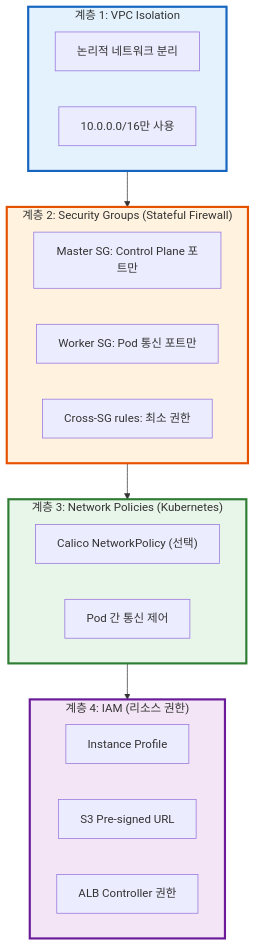
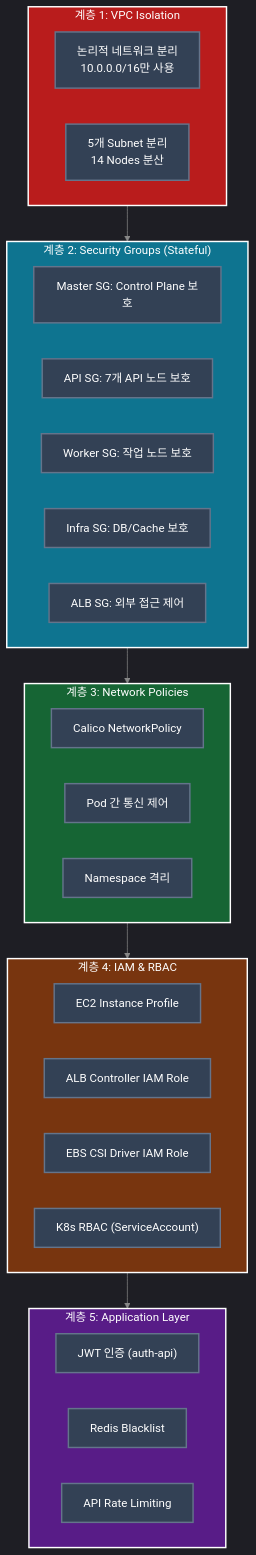
The fifth of 5 diagrams in docs/infrastructure/02-vpc-network-design.md (SeSACTHON/backend), drawn with Mermaid before and after one commit. The commit also changed other lines of this file and 54 other files, not shown here.

````diff
--- a/docs/infrastructure/02-vpc-network-design.md
+++ b/docs/infrastructure/02-vpc-network-design.md
@@ -249,33 +423,64 @@
 ```mermaid
+%%{init: {'theme':'dark', 'themeVariables': { 'primaryColor':'#1a1a1a', 'primaryTextColor':'#fff', 'primaryBorderColor':'#444', 'lineColor':'#888', 'secondaryColor':'#2d2d2d', 'tertiaryColor':'#1a1a1a'}}}%%
 graph TB
     subgraph Layer1["계층 1: VPC Isolation"]
-        VPC1["논리적 네트워크 분리"]
-        VPC2["10.0.0.0/16만 사용"]
+        L1A["논리적 네트워크 분리<br/>10.0.0.0/16만 사용"]
+        L1B["5개 Subnet 분리<br/>14 Nodes 분산"]
     end
     
-    subgraph Layer2["계층 2: Security Groups (Stateful Firewall)"]
-        SG1["Master SG: Control Plane 포트만"]
-        SG2["Worker SG: Pod 통신 포트만"]
-        SG3["Cross-SG rules: 최소 권한"]
+    subgraph Layer2["계층 2: Security Groups (Stateful)"]
+        L2A["Master SG: Control Plane 보호"]
+        L2B["API SG: 7개 API 노드 보호"]
+        L2C["Worker SG: 작업 노드 보호"]
+        L2D["Infra SG: DB/Cache 보호"]
+        L2E["ALB SG: 외부 접근 제어"]
     end
     
-    subgraph Layer3["계층 3: Network Policies (Kubernetes)"]
-        NP1["Calico NetworkPolicy (선택)"]
-        NP2["Pod 간 통신 제어"]
+    subgraph Layer3["계층 3: Network Policies"]
+        L3A["Calico NetworkPolicy"]
+        L3B["Pod 간 통신 제어"]
+        L3C["Namespace 격리"]
     end
     
-    subgraph Layer4["계층 4: IAM (리소스 권한)"]
-        IAM1["Instance Profile"]
-        IAM2["S3 Pre-signed URL"]
-        IAM3["ALB Controller 권한"]
+    subgraph Layer4["계층 4: IAM & RBAC"]
+        L4A["EC2 Instance Profile"]
+        L4B["ALB Controller IAM Role"]
+        L4C["EBS CSI Driver IAM Role"]
+        L4D["K8s RBAC (ServiceAccount)"]
+    end
+    
+    subgraph Layer5["계층 5: Application Layer"]
+        L5A["JWT 인증 (auth-api)"]
+        L5B["Redis Blacklist"]
+        L5C["API Rate Limiting"]
     end
     
     Layer1 --> Layer2
     Layer2 --> Layer3
     Layer3 --> Layer4
+    Layer4 --> Layer5
     
-    style Layer1 fill:#e3f2fd,stroke:#1565c0,stroke-width:3px
-    style Layer2 fill:#fff3e0,stroke:#e65100,stroke-width:3px
-    style Layer3 fill:#e8f5e9,stroke:#2e7d32,stroke-width:3px
-    style Layer4 fill:#f3e5f5,stroke:#6a1b9a,stroke-width:3px
+    style Layer1 fill:#b91c1c,stroke:#fff,stroke-width:2px,color:#fff
+    style Layer2 fill:#0e7490,stroke:#fff,stroke-width:2px,color:#fff
+    style Layer3 fill:#166534,stroke:#fff,stroke-width:2px,color:#fff
+    style Layer4 fill:#78350f,stroke:#fff,stroke-width:2px,color:#fff
+    style Layer5 fill:#581c87,stroke:#fff,stroke-width:2px,color:#fff
+    
+    style L1A fill:#334155,stroke:#64748b,stroke-width:2px,color:#fff
+    style L1B fill:#334155,stroke:#64748b,stroke-width:2px,color:#fff
+    style L2A fill:#334155,stroke:#64748b,stroke-width:2px,color:#fff
+    style L2B fill:#334155,stroke:#64748b,stroke-width:2px,color:#fff
+    style L2C fill:#334155,stroke:#64748b,stroke-width:2px,color:#fff
+    style L2D fill:#334155,stroke:#64748b,stroke-width:2px,color:#fff
+    style L2E fill:#334155,stroke:#64748b,stroke-width:2px,color:#fff
+    style L3A fill:#334155,stroke:#64748b,stroke-width:2px,color:#fff
+    style L3B fill:#334155,stroke:#64748b,stroke-width:2px,color:#fff
+    style L3C fill:#334155,stroke:#64748b,stroke-width:2px,color:#fff
+    style L4A fill:#334155,stroke:#64748b,stroke-width:2px,color:#fff
+    style L4B fill:#334155,stroke:#64748b,stroke-width:2px,color:#fff
+    style L4C fill:#334155,stroke:#64748b,stroke-width:2px,color:#fff
+    style L4D fill:#334155,stroke:#64748b,stroke-width:2px,color:#fff
+    style L5A fill:#334155,stroke:#64748b,stroke-width:2px,color:#fff
+    style L5B fill:#334155,stroke:#64748b,stroke-width:2px,color:#fff
+    style L5C fill:#334155,stroke:#64748b,stroke-width:2px,color:#fff
 ```
````
